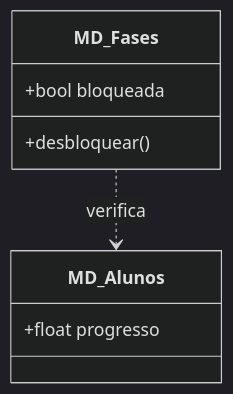
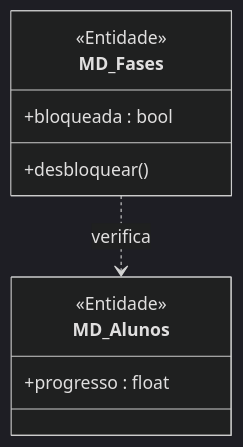
One commit to MayconDIS/PIM_III-Documentacao_UML changed the first of 2 diagrams in PIM_III/02_Modelagem_UML_Astah/UC13_Desbloquear_Fases_Modulos/README.md. Above: the diagram before and after it, drawn with Mermaid (dark theme). The commit also changed other lines of this file and 17 other files, not shown here.

````diff
--- a/PIM_III/02_Modelagem_UML_Astah/UC13_Desbloquear_Fases_Modulos/README.md
+++ b/PIM_III/02_Modelagem_UML_Astah/UC13_Desbloquear_Fases_Modulos/README.md
@@ -31,11 +29,13 @@
 ```mermaid
 classDiagram
     class MD_Fases {
-        +bool bloqueada
+        <<Entidade>>
+        +bloqueada : bool
         +desbloquear()
     }
     class MD_Alunos {
-        +float progresso
+        <<Entidade>>
+        +progresso : float
     }
     MD_Fases ..> MD_Alunos : verifica
 ```
````
